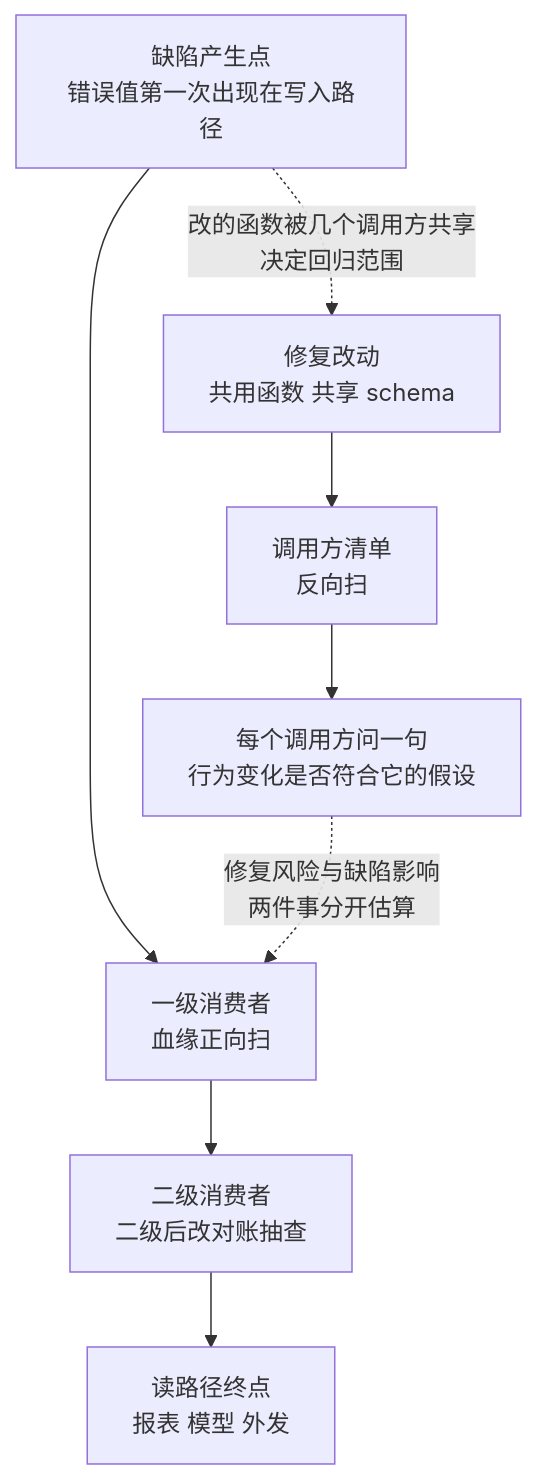
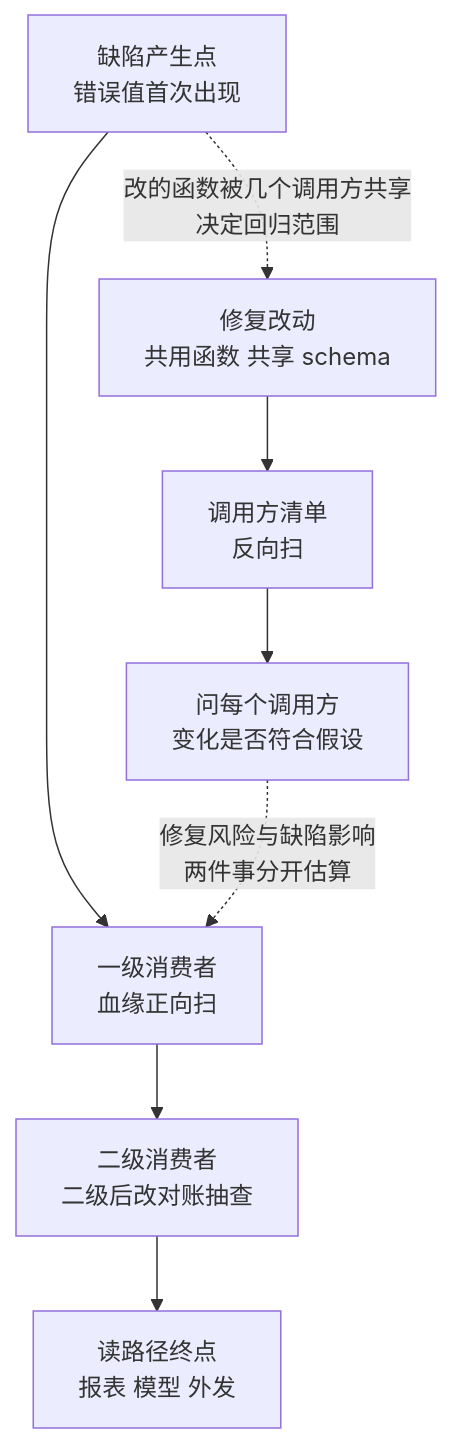
One commit to hub138/technical-knowledge changed the first of 2 diagrams in vault/工程知识/缺陷分析：从个案到体系/影响判断/影响面估算先于修复——从改一行到伤多少服务.md. Above: the diagram before and after it, drawn with Mermaid. The commit also changed other lines of this file and 622 other files, not shown here.

````diff
--- a/vault/工程知识/缺陷分析：从个案到体系/影响判断/影响面估算先于修复——从改一行到伤多少服务.md
+++ b/vault/工程知识/缺陷分析：从个案到体系/影响判断/影响面估算先于修复——从改一行到伤多少服务.md
@@ -34,10 +45,10 @@
 ```mermaid
 flowchart TB
-    o["缺陷产生点<br/>错误值第一次出现在写入路径"] --> d1["一级消费者<br/>血缘正向扫"]
+    o["缺陷产生点<br/>错误值首次出现"] --> d1["一级消费者<br/>血缘正向扫"]
     d1 --> d2["二级消费者<br/>二级后改对账抽查"]
     d2 --> n["读路径终点<br/>报表 模型 外发"]
     f["修复改动<br/>共用函数 共享 schema"] --> u1["调用方清单<br/>反向扫"]
-    u1 --> u2["每个调用方问一句<br/>行为变化是否符合它的假设"]
+    u1 --> u2["问每个调用方<br/>变化是否符合假设"]
     u2 -.->|"修复风险与缺陷影响<br/>两件事分开估算"| d1
     o -.->|"改的函数被几个调用方共享<br/>决定回归范围"| f
 ```
````
